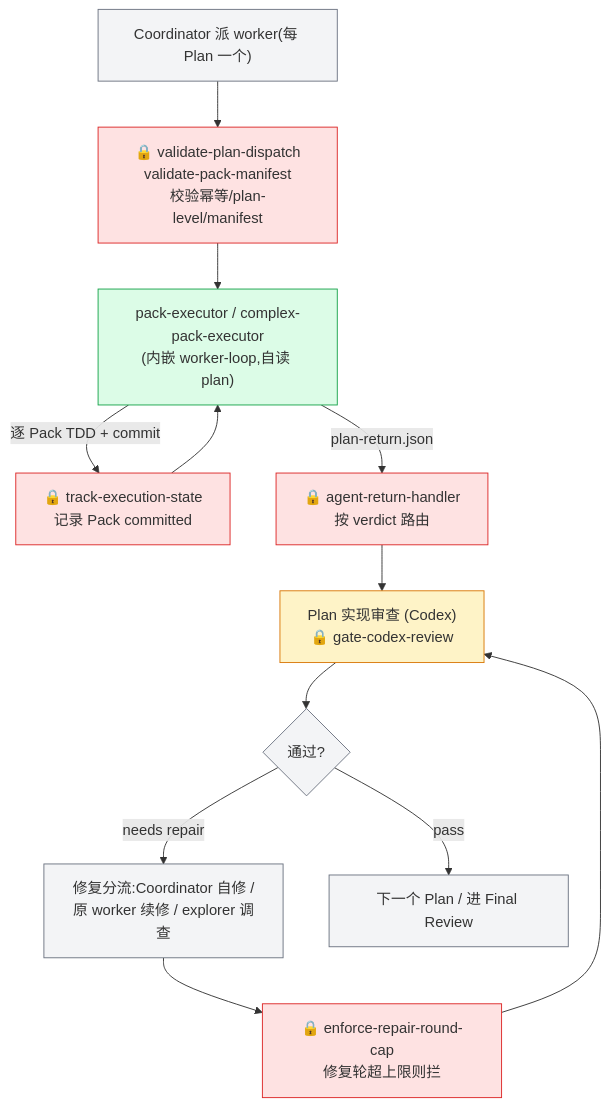
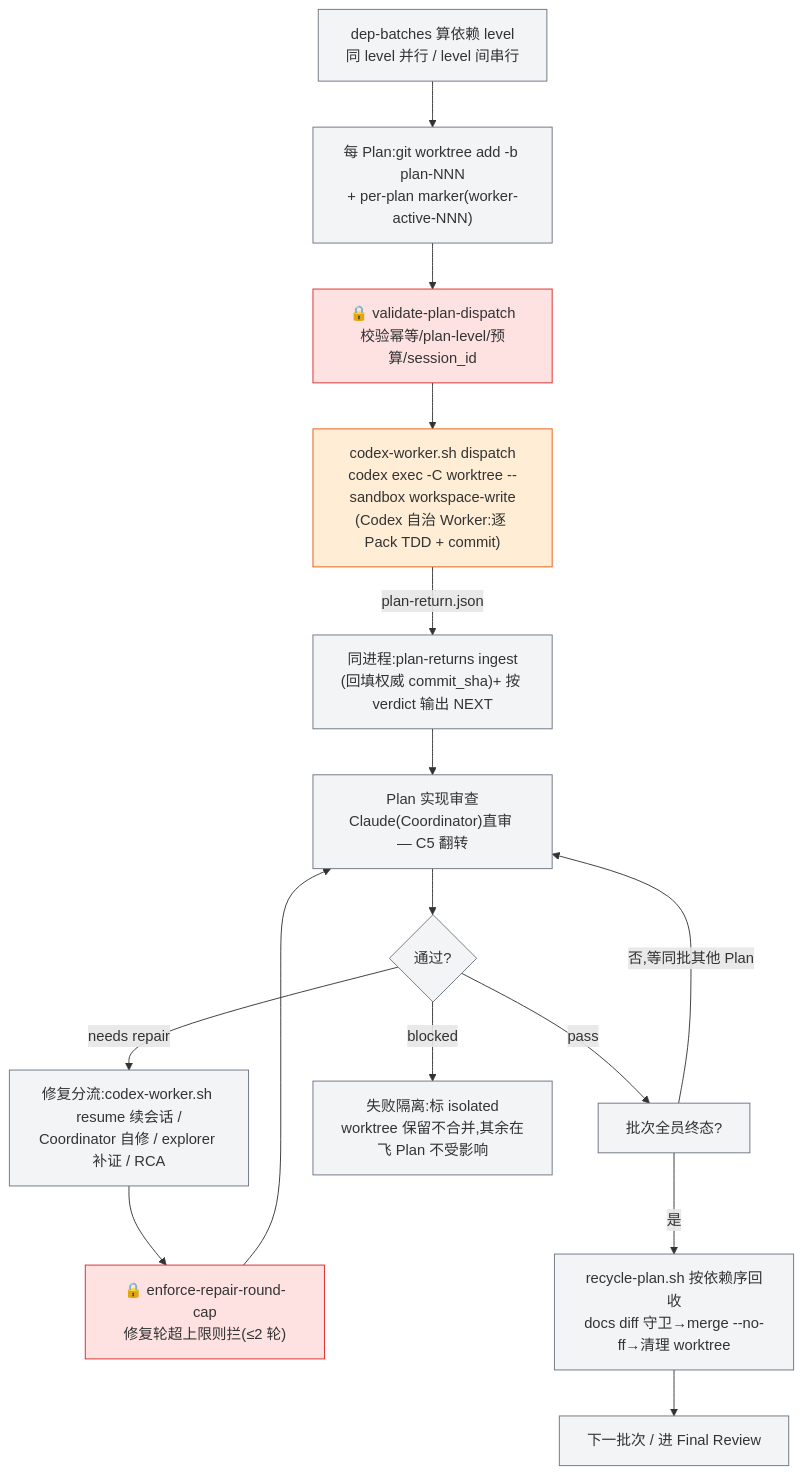
Before and after one commit to chancheuklap/multi-model-workflow: the second of 4 diagrams in plugin/architecture-draft.md, drawn with Mermaid. The commit also changed other lines of this file, not shown here.

First line of the commit message:
docs(architecture): 重写架构总览反映 v5.0.0 现状,第7节散落内容系统化进全文

````diff
--- a/plugin/architecture-draft.md
+++ b/plugin/architecture-draft.md
@@ -101,23 +110,26 @@
 ```mermaid
 flowchart TD
     classDef agent fill:#dcfce7,stroke:#16a34a
+    classDef codex fill:#ffedd5,stroke:#ea580c
     classDef hook fill:#fee2e2,stroke:#dc2626
-    classDef review fill:#fef3c7,stroke:#d97706
     classDef coord fill:#f3f4f6,stroke:#6b7280
 
-    C["Coordinator 派 worker(每 Plan 一个)"]:::coord
-    H1["🔒 validate-plan-dispatch<br/>validate-pack-manifest<br/>校验幂等/plan-level/manifest"]:::hook
-    W["pack-executor / complex-pack-executor<br/>(内嵌 worker-loop,自读 plan)"]:::agent
-    H2["🔒 track-execution-state<br/>记录 Pack committed"]:::hook
-    H3["🔒 agent-return-handler<br/>按 verdict 路由"]:::hook
-    PIR["Plan 实现审查 (Codex)<br/>🔒 gate-codex-review"]:::review
+    BATCH["dep-batches 算依赖 level<br/>同 level 并行 / level 间串行"]:::coord
+    WT["每 Plan:git worktree add -b plan-NNN<br/>+ per-plan marker(worker-active-NNN)"]:::coord
+    H1["🔒 validate-plan-dispatch<br/>校验幂等/plan-level/预算/session_id"]:::hook
+    W["codex-worker.sh dispatch<br/>codex exec -C worktree --sandbox workspace-write<br/>(Codex 自治 Worker:逐 Pack TDD + commit)"]:::codex
+    ING["同进程:plan-returns ingest<br/>(回填权威 commit_sha)+ 按 verdict 输出 NEXT"]:::coord
+    PIR["Plan 实现审查<br/>Claude(Coordinator)直审 — C5 翻转"]:::coord
     V{"通过?"}:::coord
-    REP["修复分流:Coordinator 自修 /<br/>原 worker 续修 / explorer 调查"]:::coord
-    H4["🔒 enforce-repair-round-cap<br/>修复轮超上限则拦"]:::hook
+    REP["修复分流:codex-worker.sh resume 续会话 /<br/>Coordinator 自修 / explorer 补证 / RCA"]:::coord
+    H4["🔒 enforce-repair-round-cap<br/>修复轮超上限则拦(≤2 轮)"]:::hook
+    REC["recycle-plan.sh 按依赖序回收<br/>docs diff 守卫→merge --no-ff→清理 worktree"]:::coord
 
-    C --> H1 --> W
-    W -->|"逐 Pack TDD + commit"| H2 --> W
-    W -->|"plan-return.json"| H3 --> PIR --> V
+    BATCH --> WT --> H1 --> W
+    W -->|"plan-return.json"| ING --> PIR --> V
     V -->|"needs repair"| REP --> H4 --> PIR
-    V -->|"pass"| NEXT["下一个 Plan / 进 Final Review"]:::coord
+    V -->|"pass"| FIN["批次全员终态?"]:::coord
+    FIN -->|"是"| REC --> NEXT["下一批次 / 进 Final Review"]:::coord
+    FIN -->|"否,等同批其他 Plan"| PIR
+    V -->|"blocked"| ISO["失败隔离:标 isolated<br/>worktree 保留不合并,其余在飞 Plan 不受影响"]:::coord
 ```
````
